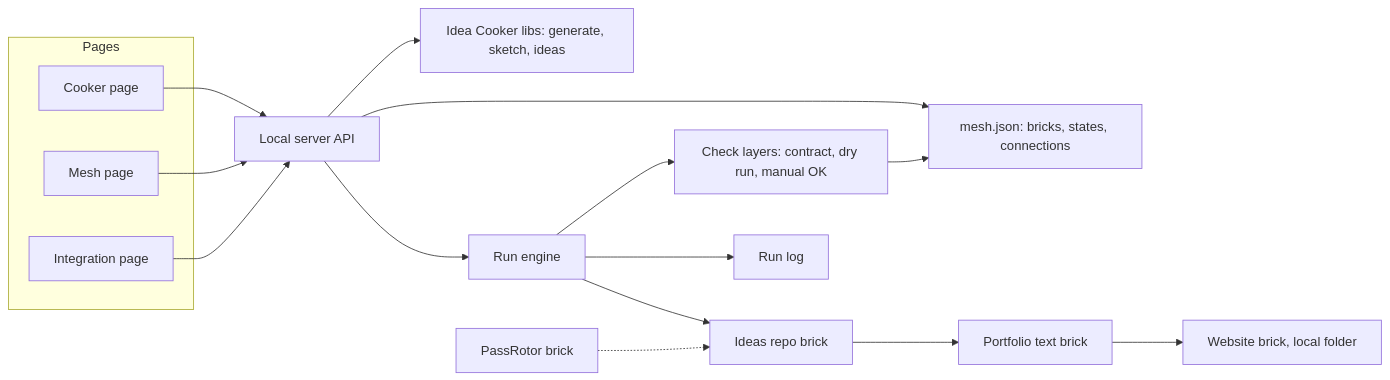
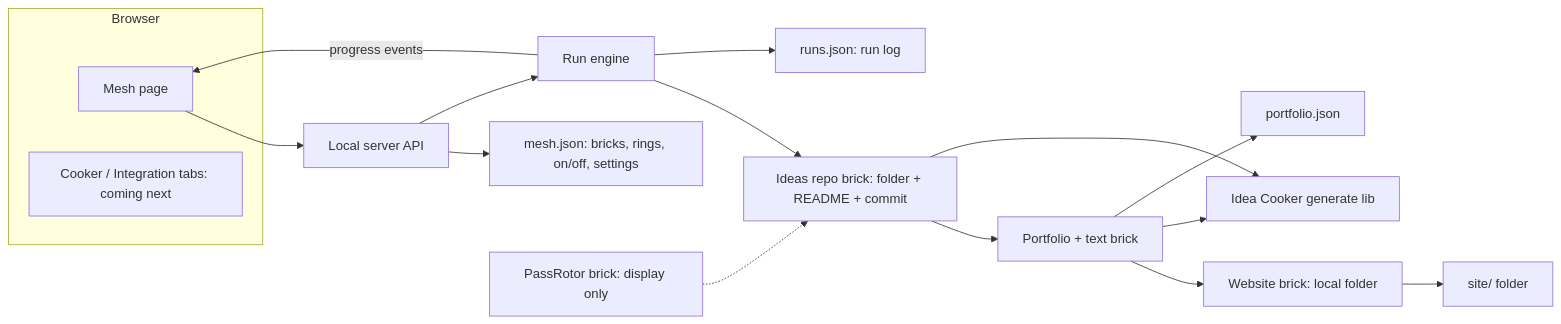
Before and after one commit to EliasOzol/ideaCooker: the diagram in 2026-11-26-idea-mesh/ARCHITECTURE.md, drawn with Mermaid. The commit also changed other lines of this file and 9 other files, not shown here.

First line of the commit message:
Update 2026-11-26-idea-mesh

````diff
--- a/2026-11-26-idea-mesh/ARCHITECTURE.md
+++ b/2026-11-26-idea-mesh/ARCHITECTURE.md
@@ -7,21 +12,20 @@
 ```mermaid
 flowchart LR
-  subgraph Pages
-    P1["Cooker page"]
-    P2["Mesh page"]
-    P3["Integration page"]
+  subgraph Browser
+    MP["Mesh page"]
+    TABS["Cooker / Integration tabs: coming next"]
   end
-  P1 --> API["Local server API"]
-  P2 --> API
-  P3 --> API
-  API --> Cooker["Idea Cooker libs: generate, sketch, ideas"]
-  API --> Reg["mesh.json: bricks, states, connections"]
-  API --> Run["Run engine"]
-  Run --> B1["Ideas repo brick"]
-  PR["PassRotor brick"] -.-> B1
-  B1 --> B2["Portfolio text brick"]
-  B2 --> B3["Website brick, local folder"]
-  Run --> Chk["Check layers: contract, dry run, manual OK"]
-  Chk --> Reg
-  Run --> Log["Run log"]
+  MP --> API["Local server API"]
+  API --> REG["mesh.json: bricks, rings, on/off, settings"]
+  API --> RUN["Run engine"]
+  RUN --> B1["Ideas repo brick: folder + README + commit"]
+  PR["PassRotor brick: display only"] -.-> B1
+  B1 --> B2["Portfolio + text brick"]
+  B2 --> B3["Website brick: local folder"]
+  B1 --> GEN["Idea Cooker generate lib"]
+  B2 --> GEN
+  B2 --> PF["portfolio.json"]
+  B3 --> WEB["site/ folder"]
+  RUN --> LOG["runs.json: run log"]
+  RUN -->|"progress events"| MP
 ```
````
